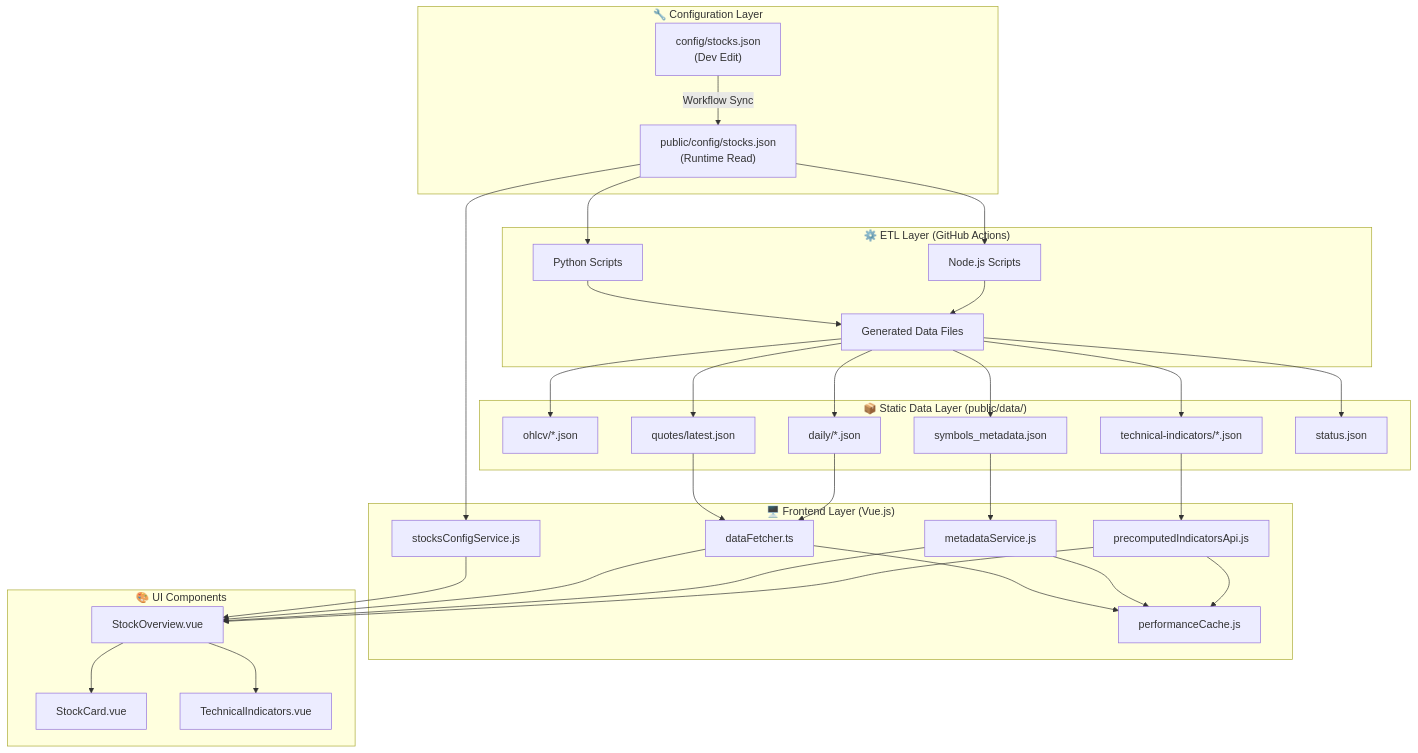
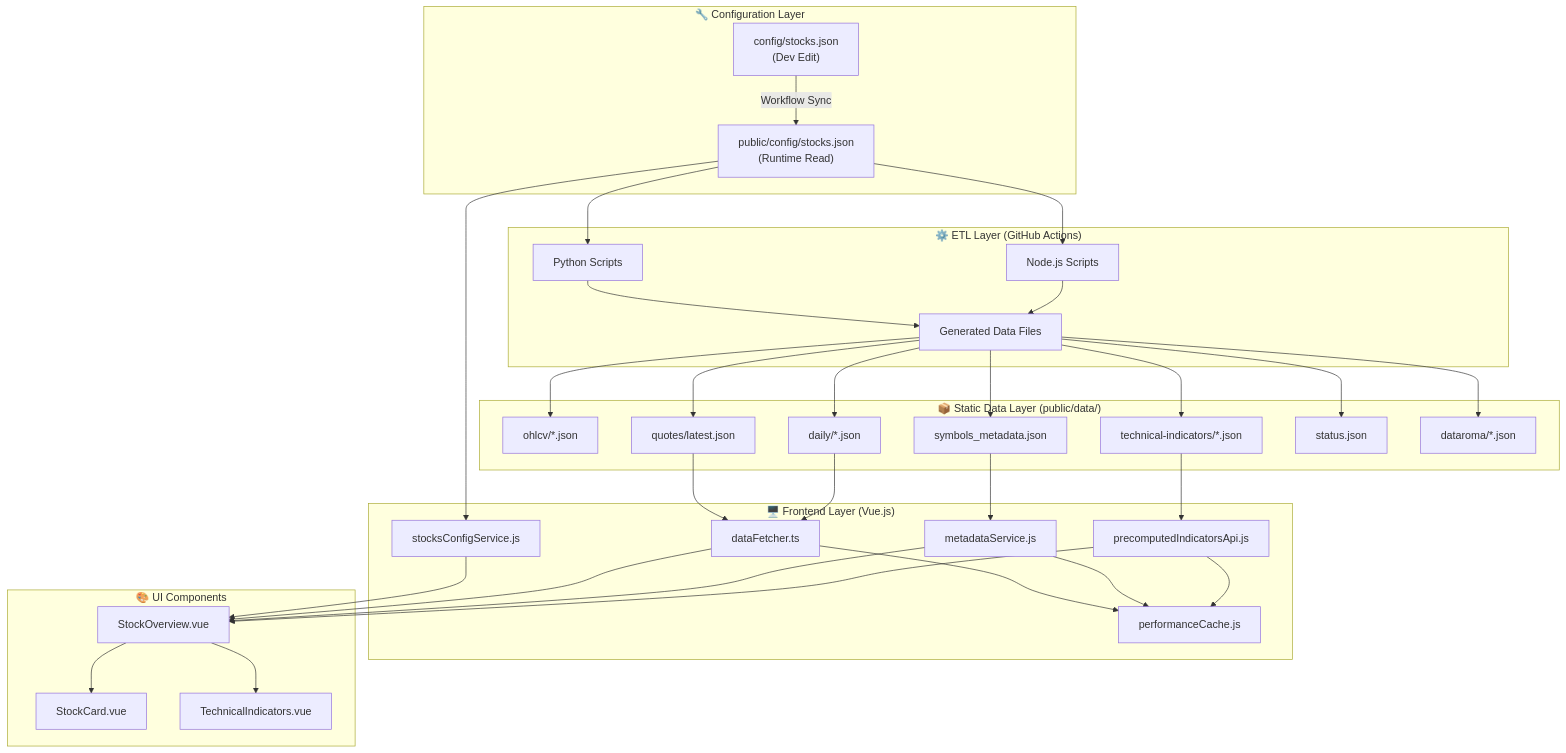
The seventh of 7 diagrams in docs/DATA_OPERATIONS.md (romarin-hsieh/investment-dashboard), drawn with Mermaid before and after one commit. The commit also changed other lines of this file and 3 other files, not shown here.

````diff
--- a/docs/DATA_OPERATIONS.md
+++ b/docs/DATA_OPERATIONS.md
@@ -465,61 +594,63 @@
 ```mermaid
 graph TB
     subgraph "🔧 Configuration Layer"
         A1["config/stocks.json<br>(Dev Edit)"]
         A2["public/config/stocks.json<br>(Runtime Read)"]
         A1 -->|"Workflow Sync"| A2
     end
 
     subgraph "⚙️ ETL Layer (GitHub Actions)"
         B1["Python Scripts"]
         B2["Node.js Scripts"]
         B3["Generated Data Files"]
         A2 --> B1
         A2 --> B2
         B1 --> B3
         B2 --> B3
     end
 
     subgraph "📦 Static Data Layer (public/data/)"
         C1["ohlcv/*.json"]
         C2["technical-indicators/*.json"]
         C3["quotes/latest.json"]
         C4["daily/*.json"]
         C5["symbols_metadata.json"]
         C6["status.json"]
+        C7["dataroma/*.json"]
         B3 --> C1
         B3 --> C2
         B3 --> C3
         B3 --> C4
         B3 --> C5
         B3 --> C6
+        B3 --> C7
     end
 
     subgraph "🖥️ Frontend Layer (Vue.js)"
         D1["stocksConfigService.js"]
         D2["dataFetcher.ts"]
         D3["metadataService.js"]
         D4["precomputedIndicatorsApi.js"]
         D5["performanceCache.js"]
         A2 --> D1
         C3 --> D2
         C4 --> D2
         C5 --> D3
         C2 --> D4
         D2 --> D5
         D3 --> D5
         D4 --> D5
     end
 
     subgraph "🎨 UI Components"
         E1["StockOverview.vue"]
         E2["StockCard.vue"]
         E3["TechnicalIndicators.vue"]
         D1 --> E1
         D2 --> E1
         D3 --> E1
         D4 --> E1
         E1 --> E2
         E1 --> E3
     end
 ```
````
